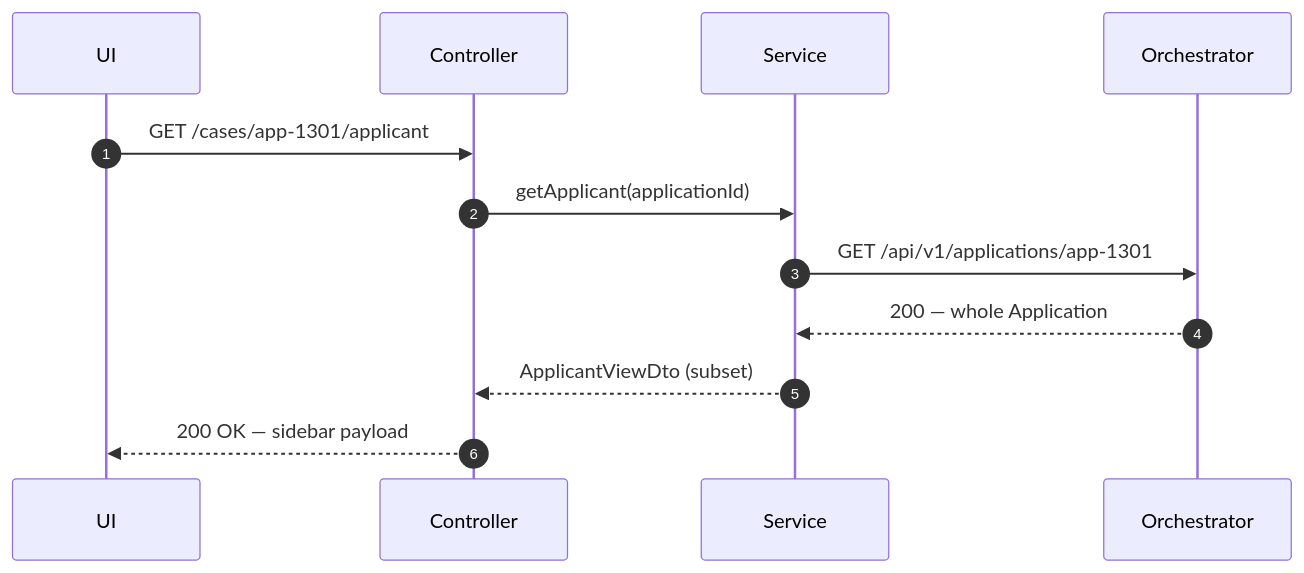
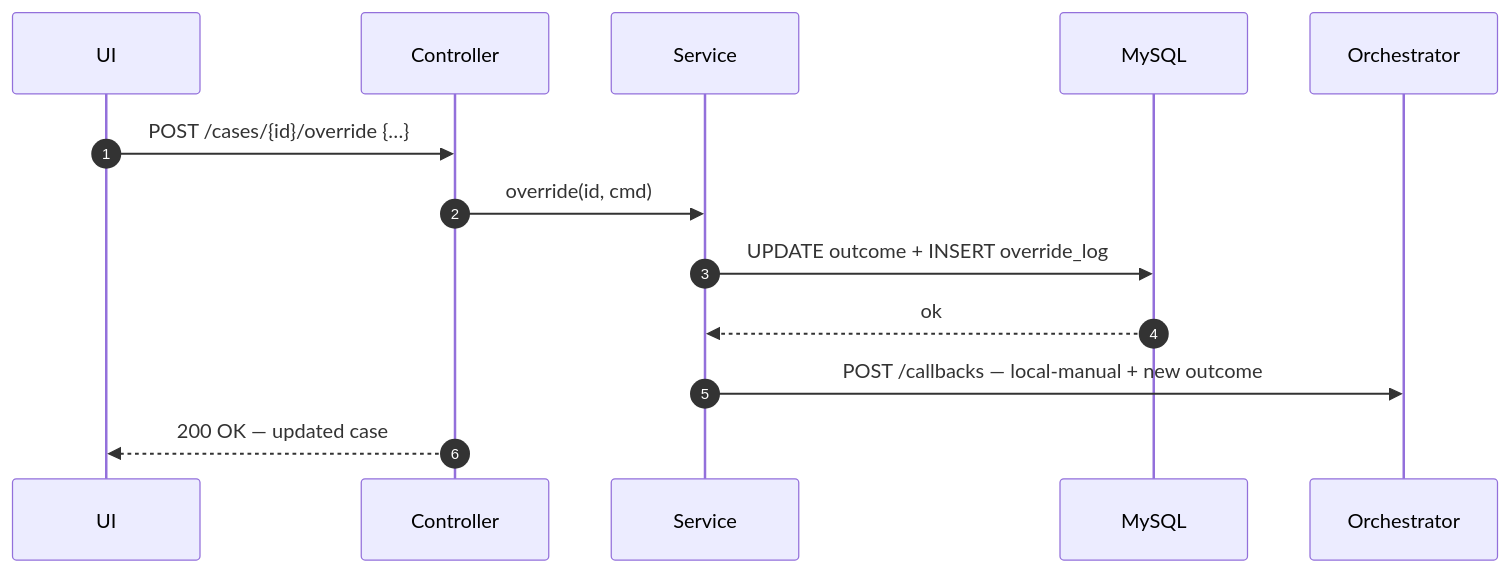
The first of 3 diagrams in task00.md (Neueda-Learning/neo-05), drawn with Mermaid before and after one commit. The commit also changed other lines of this file and 13 other files, not shown here.

````diff
--- a/task00.md
+++ b/task00.md
@@ -49,14 +53,15 @@
 ```mermaid
 sequenceDiagram
     autonumber
     participant UI
     participant Controller
     participant Service
+    participant MySQL
     participant Orchestrator
-    UI->>Controller: GET /cases/app-1301/applicant
-    Controller->>Service: getApplicant(applicationId)
-    Service->>Orchestrator: GET /api/v1/applications/app-1301
-    Orchestrator-->>Service: 200 — whole Application
-    Service-->>Controller: ApplicantViewDto (subset)
-    Controller-->>UI: 200 OK — sidebar payload
+    UI->>Controller: POST /cases/{id}/override {…}
+    Controller->>Service: override(id, cmd)
+    Service->>MySQL: UPDATE outcome + INSERT override_log
+    MySQL-->>Service: ok
+    Service->>Orchestrator: POST /callbacks — local-manual + new outcome
+    Controller-->>UI: 200 OK — updated case
 ```
````
